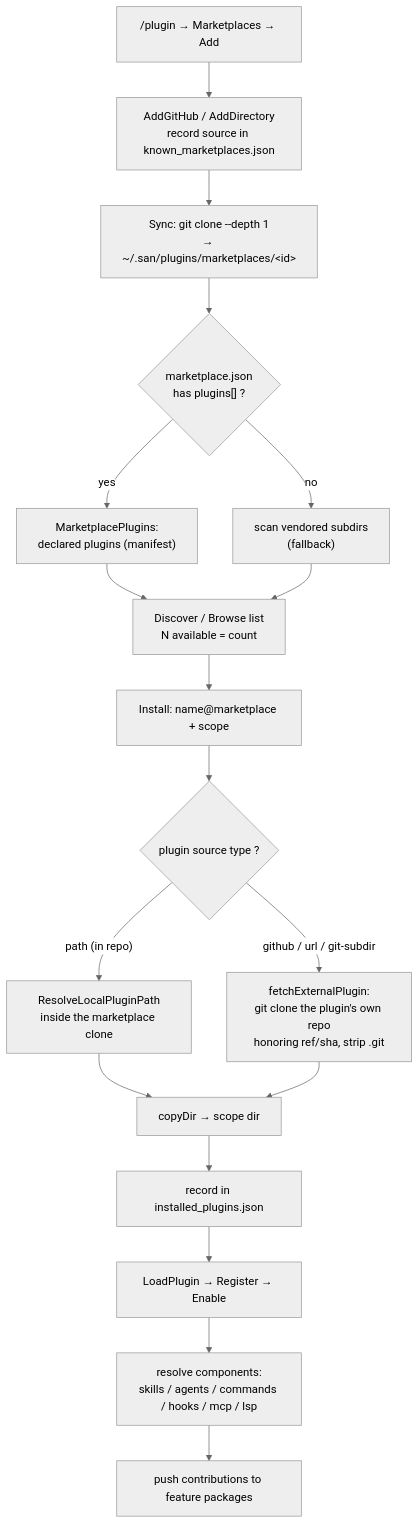
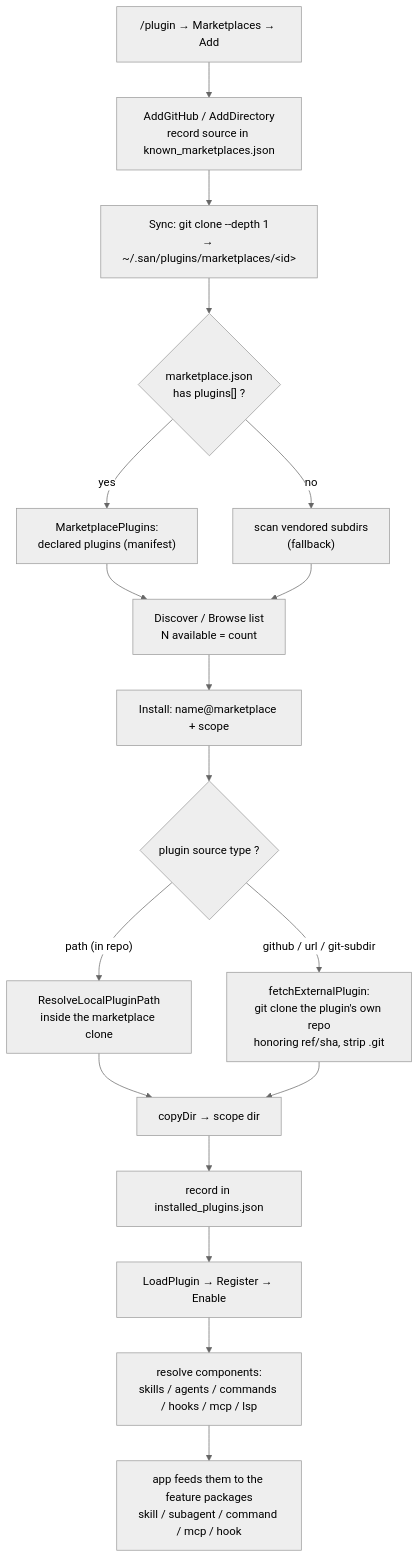
The diagram in docs/packages/2-feature/plugin.md (genai-io/san), drawn with Mermaid (neutral theme) before and after one commit. The commit also changed 1 other file, not shown here.

Commit message:
docs(plugin): clarify how contributions reach feature packages
The flow node said 'push'; the app layer actually pulls each enabled
plugin's components via GetPlugin* and feeds the feature packages, which
receive them as data without importing plugin.

````diff
--- a/docs/packages/2-feature/plugin.md
+++ b/docs/packages/2-feature/plugin.md
@@ -113,20 +113,20 @@
 ```mermaid
 flowchart TD
     A["/plugin → Marketplaces → Add"] --> B["AddGitHub / AddDirectory<br/>record source in known_marketplaces.json"]
     B --> C["Sync: git clone --depth 1<br/>→ ~/.san/plugins/marketplaces/&lt;id&gt;"]
     C --> D{"marketplace.json<br/>has plugins[] ?"}
     D -- yes --> E["MarketplacePlugins:<br/>declared plugins (manifest)"]
     D -- no --> F["scan vendored subdirs<br/>(fallback)"]
     E --> G["Discover / Browse list<br/>N available = count"]
     F --> G
     G --> H["Install: name@marketplace + scope"]
     H --> I{"plugin source type ?"}
     I -- "path (in repo)" --> J["ResolveLocalPluginPath<br/>inside the marketplace clone"]
     I -- "github / url / git-subdir" --> K["fetchExternalPlugin:<br/>git clone the plugin's own repo<br/>honoring ref/sha, strip .git"]
     J --> L["copyDir → scope dir"]
     K --> L
     L --> M["record in installed_plugins.json"]
     M --> N["LoadPlugin → Register → Enable"]
     N --> O["resolve components:<br/>skills / agents / commands / hooks / mcp / lsp"]
-    O --> P["push contributions to feature packages"]
+    O --> P["app feeds them to the feature packages<br/>skill / subagent / command / mcp / hook"]
 ```
````
